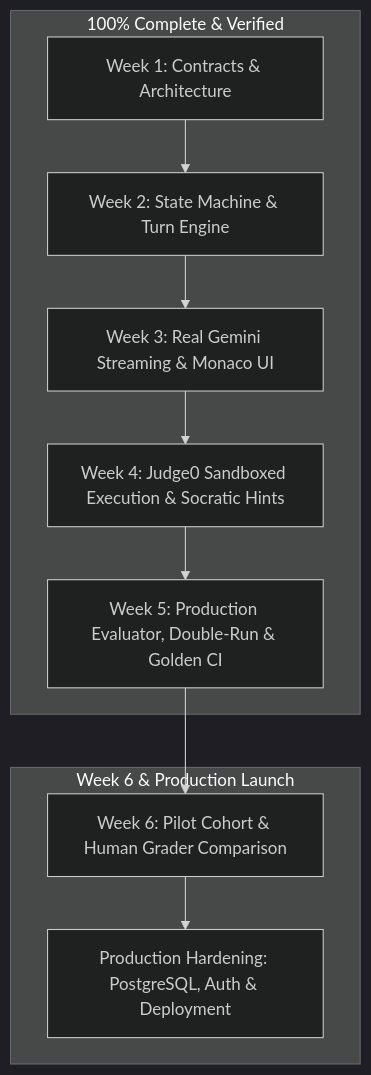
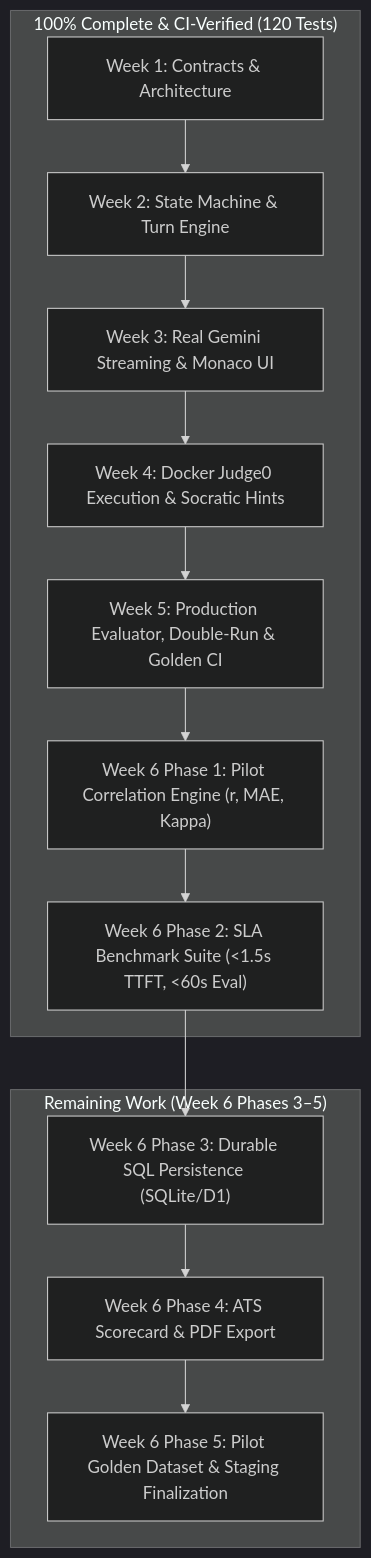
One commit to imrituraj/testmeman-ai-interviewer changed the diagram in OVERALL_PROJECT_REPORT.md. Above: the diagram before and after it, drawn with Mermaid (dark theme). The commit also changed other lines of this file, not shown here.

Commit message:
docs: update comprehensive project report with Week 6 Phases 1-2 completion and live Docker sandbox

````diff
--- a/OVERALL_PROJECT_REPORT.md
+++ b/OVERALL_PROJECT_REPORT.md
@@ -16,18 +16,20 @@
 ```mermaid
 flowchart TD
-    subgraph Completed Milestones [100% Complete & Verified]
-        W1[Week 1: Contracts & Architecture]
-        W2[Week 2: State Machine & Turn Engine]
-        W3[Week 3: Real Gemini Streaming & Monaco UI]
-        W4[Week 4: Judge0 Sandboxed Execution & Socratic Hints]
-        W5[Week 5: Production Evaluator, Double-Run & Golden CI]
-        W1 --> W2 --> W3 --> W4 --> W5
+    subgraph CompletedMilestones ["100% Complete & CI-Verified (120 Tests)"]
+        W1["Week 1: Contracts & Architecture"]
+        W2["Week 2: State Machine & Turn Engine"]
+        W3["Week 3: Real Gemini Streaming & Monaco UI"]
+        W4["Week 4: Docker Judge0 Execution & Socratic Hints"]
+        W5["Week 5: Production Evaluator, Double-Run & Golden CI"]
+        W6P1["Week 6 Phase 1: Pilot Correlation Engine (r, MAE, Kappa)"]
+        W6P2["Week 6 Phase 2: SLA Benchmark Suite (<1.5s TTFT, <60s Eval)"]
+        W1 --> W2 --> W3 --> W4 --> W5 --> W6P1 --> W6P2
     end
 
-    subgraph Remaining Work [Week 6 & Production Launch]
-        W6[Week 6: Pilot Cohort & Human Grader Comparison]
-        PROD[Production Hardening: PostgreSQL, Auth & Deployment]
-        W5 --> W6
-        W6 --> PROD
+    subgraph RemainingMilestones ["Remaining Work (Week 6 Phases 3–5)"]
+        W6P3["Week 6 Phase 3: Durable SQL Persistence (SQLite/D1)"]
+        W6P4["Week 6 Phase 4: ATS Scorecard & PDF Export"]
+        W6P5["Week 6 Phase 5: Pilot Golden Dataset & Staging Finalization"]
+        W6P2 --> W6P3 --> W6P4 --> W6P5
     end
 ```
````
